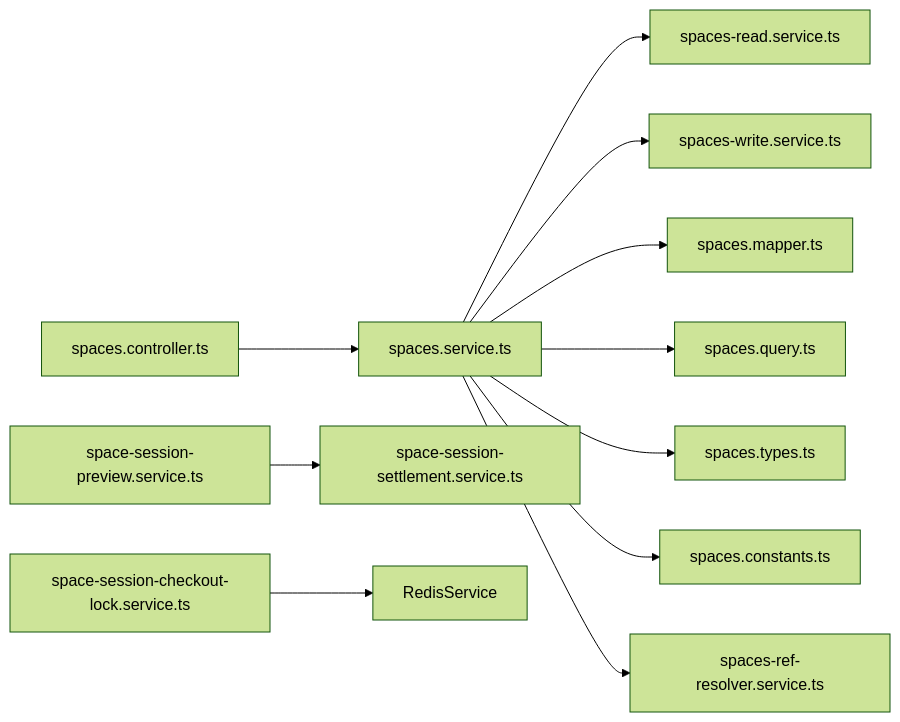
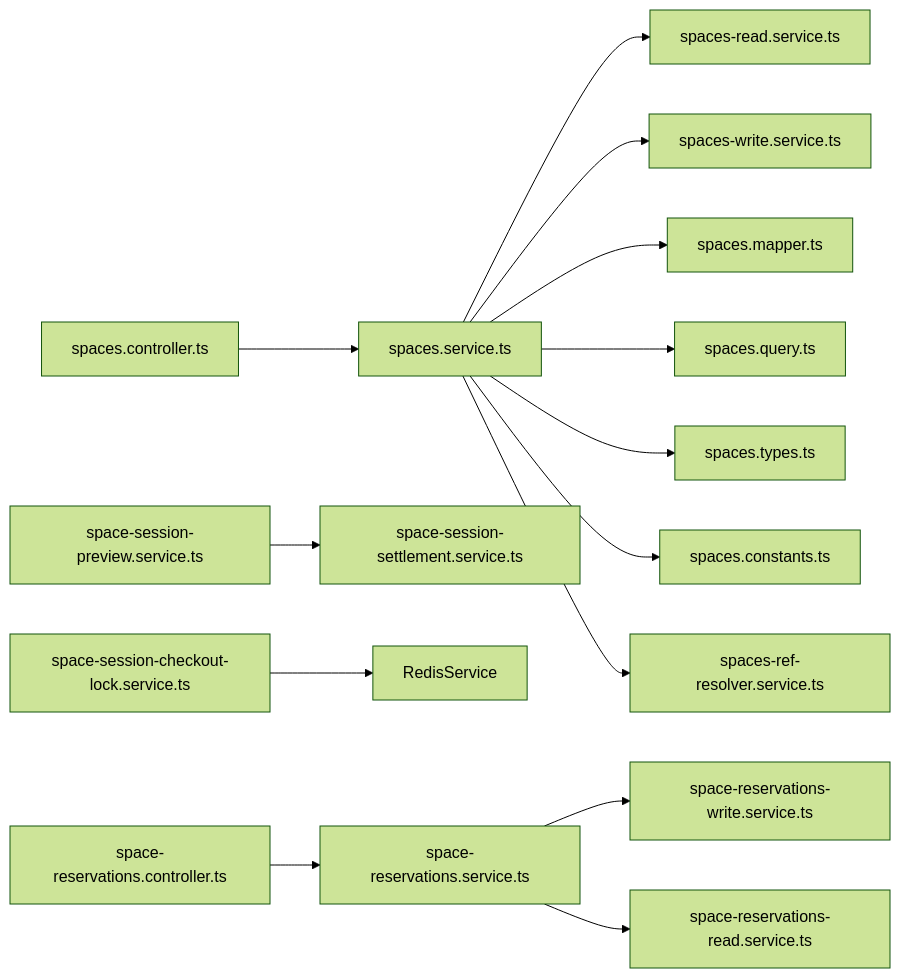
Diagram 11 of 11 in .qoder/repowiki/zh/content/业务模块/运营管理模块/空间管理.md (rc558620/purelyprofit-server), drawn with Mermaid (forest theme) before and after one commit. The commit also changed other lines of this file and 10 other files, not shown here.

````diff
--- a/.qoder/repowiki/zh/content/业务模块/运营管理模块/空间管理.md
+++ b/.qoder/repowiki/zh/content/业务模块/运营管理模块/空间管理.md
@@ -708,13 +776,16 @@
 ```mermaid
 graph LR
 Controller["spaces.controller.ts"] --> Service["spaces.service.ts"]
 Service --> Read["spaces-read.service.ts"]
 Service --> Write["spaces-write.service.ts"]
 Service --> Mapper["spaces.mapper.ts"]
 Service --> Query["spaces.query.ts"]
 Service --> Types["spaces.types.ts"]
 Service --> Const["spaces.constants.ts"]
 Service --> Ref["spaces-ref-resolver.service.ts"]
 Preview["space-session-preview.service.ts"] --> Settlement["space-session-settlement.service.ts"]
 CheckoutLock["space-session-checkout-lock.service.ts"] --> Redis["RedisService"]
+ResCtrl["space-reservations.controller.ts"] --> ResSvc["space-reservations.service.ts"]
+ResSvc --> ResWrite["space-reservations-write.service.ts"]
+ResSvc --> ResRead["space-reservations-read.service.ts"]
 ```
````
